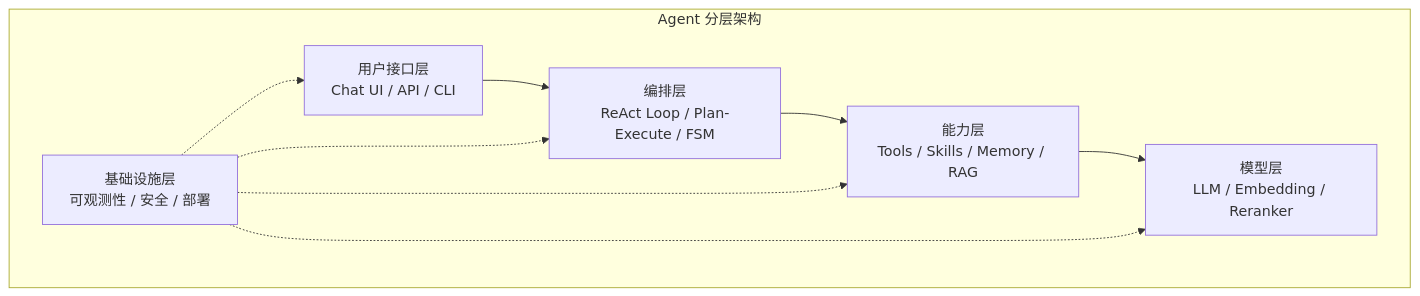
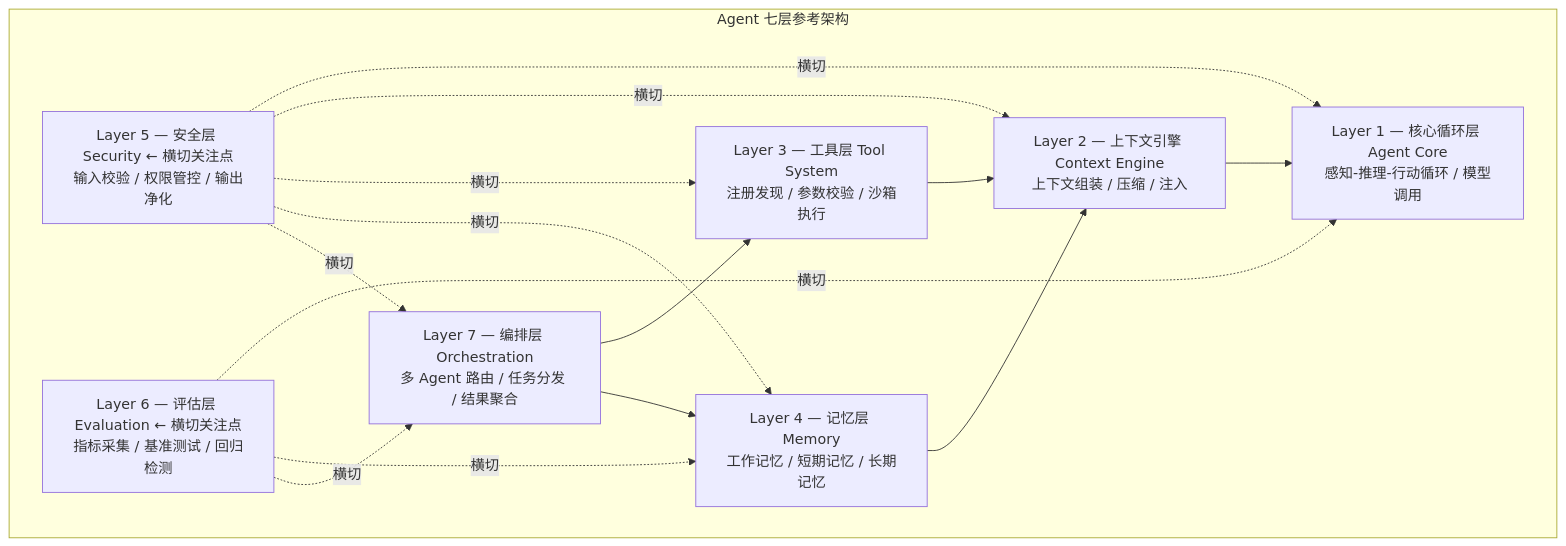
One commit to xiaoxiath/ai-agent-engineering changed the first of 2 diagrams in chapters/part-02-core-architecture/ch03-architecture-overview.md. Above: the diagram before and after it, drawn with Mermaid. The commit also changed other lines of this file and 5 other files, not shown here.

````diff
--- a/chapters/part-02-core-architecture/ch03-architecture-overview.md
+++ b/chapters/part-02-core-architecture/ch03-architecture-overview.md
@@ -25,15 +24,25 @@
 ```mermaid
 flowchart TB
-    subgraph Agent 分层架构
-        A[用户接口层<br/>Chat UI / API / CLI]
-        B[编排层<br/>ReAct Loop / Plan-Execute / FSM]
-        C[能力层<br/>Tools / Skills / Memory / RAG]
-        D[模型层<br/>LLM / Embedding / Reranker]
-        E[基础设施层<br/>可观测性 / 安全 / 部署]
+    subgraph Agent 七层参考架构
+        L7[Layer 7 — 编排层 Orchestration<br/>多 Agent 路由 / 任务分发 / 结果聚合]
+        L6[Layer 6 — 评估层 Evaluation ← 横切关注点<br/>指标采集 / 基准测试 / 回归检测]
+        L5[Layer 5 — 安全层 Security ← 横切关注点<br/>输入校验 / 权限管控 / 输出净化]
+        L4[Layer 4 — 记忆层 Memory<br/>工作记忆 / 短期记忆 / 长期记忆]
+        L3[Layer 3 — 工具层 Tool System<br/>注册发现 / 参数校验 / 沙箱执行]
+        L2[Layer 2 — 上下文引擎 Context Engine<br/>上下文组装 / 压缩 / 注入]
+        L1[Layer 1 — 核心循环层 Agent Core<br/>感知-推理-行动循环 / 模型调用]
     end
-    A --> B --> C --> D
-    E -.-> A
-    E -.-> B
-    E -.-> C
-    E -.-> D
+    L7 --> L4
+    L7 --> L3
+    L4 --> L2
+    L3 --> L2
+    L2 --> L1
+    L5 -.->|横切| L7
+    L5 -.->|横切| L4
+    L5 -.->|横切| L3
+    L5 -.->|横切| L2
+    L5 -.->|横切| L1
+    L6 -.->|横切| L7
+    L6 -.->|横切| L4
+    L6 -.->|横切| L1
 ```
````
